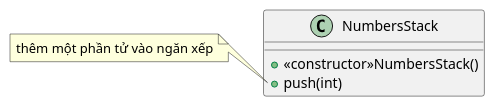
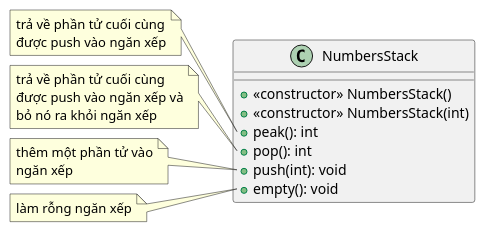
One commit to codegym-vn/pf-java-numbers-stack changed the diagram in uml.puml. Above: the diagram before and after it, drawn with PlantUML.

Commit message:
update uml

```diff
--- a/uml.puml
+++ b/uml.puml
@@ -1,12 +1,31 @@
 @startuml
 
 class NumbersStack {
-    + <<constructor>>NumbersStack()
-    + push(int)
+    + <<constructor>> NumbersStack()
+    + <<constructor>> NumbersStack(int)
+    + peak(): int
+    + pop(): int
+    + push(int): void
+    + empty(): void
 }
 
+note left of NumbersStack::peak() {
+    trả về phần tử cuối cùng
+    được push vào ngăn xếp
+}
+
+note left of NumbersStack::pop() {
+    trả về phần tử cuối cùng
+    được push vào ngăn xếp và
+    bỏ nó ra khỏi ngăn xếp
+}
 note left of NumbersStack::push(int) {
-    thêm một phần tử vào ngăn xếp
+    thêm một phần tử vào
+    ngăn xếp
+}
+
+note left of NumbersStack::empty() {
+    làm rỗng ngăn xếp
 }
 
 @enduml
```
